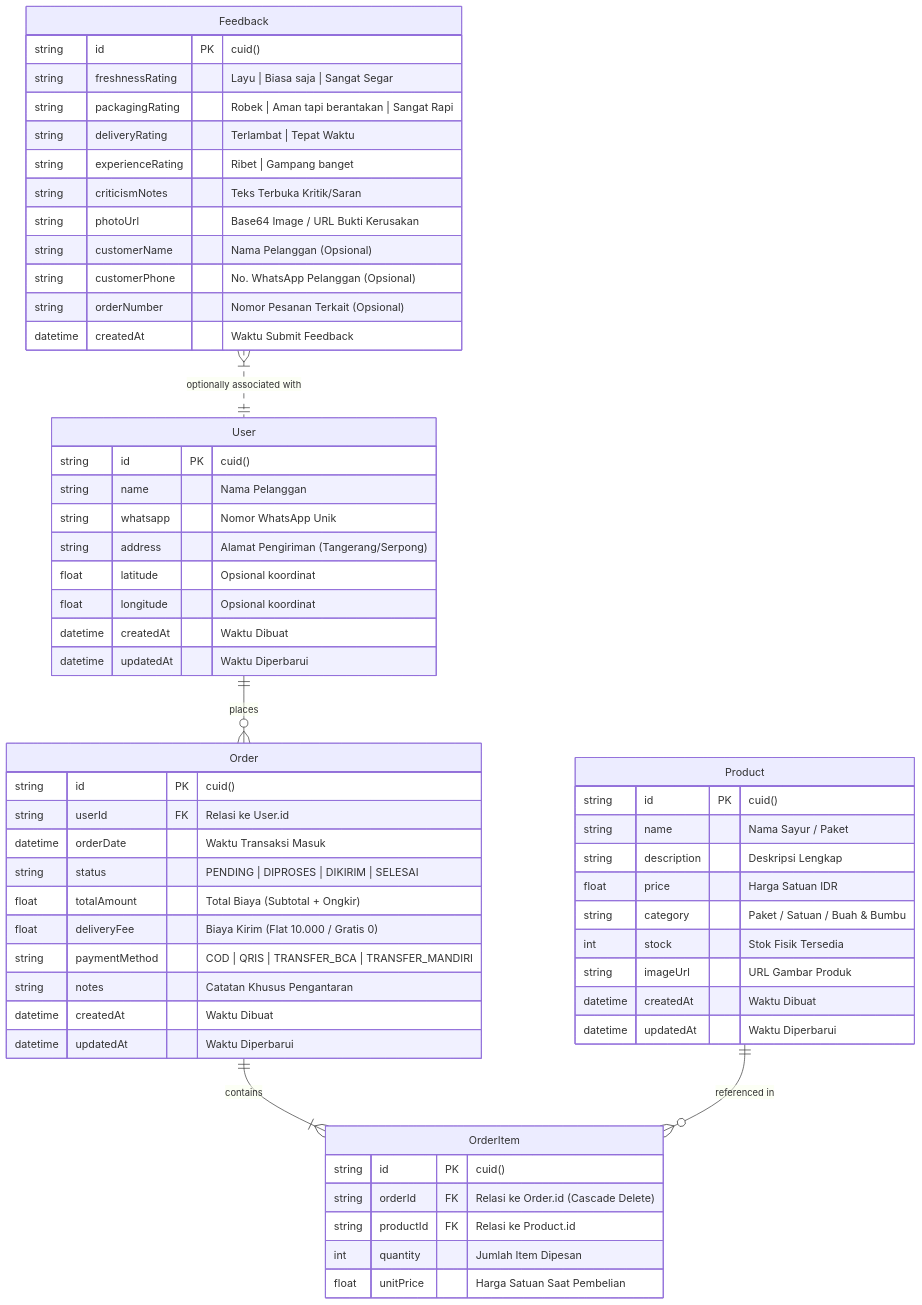
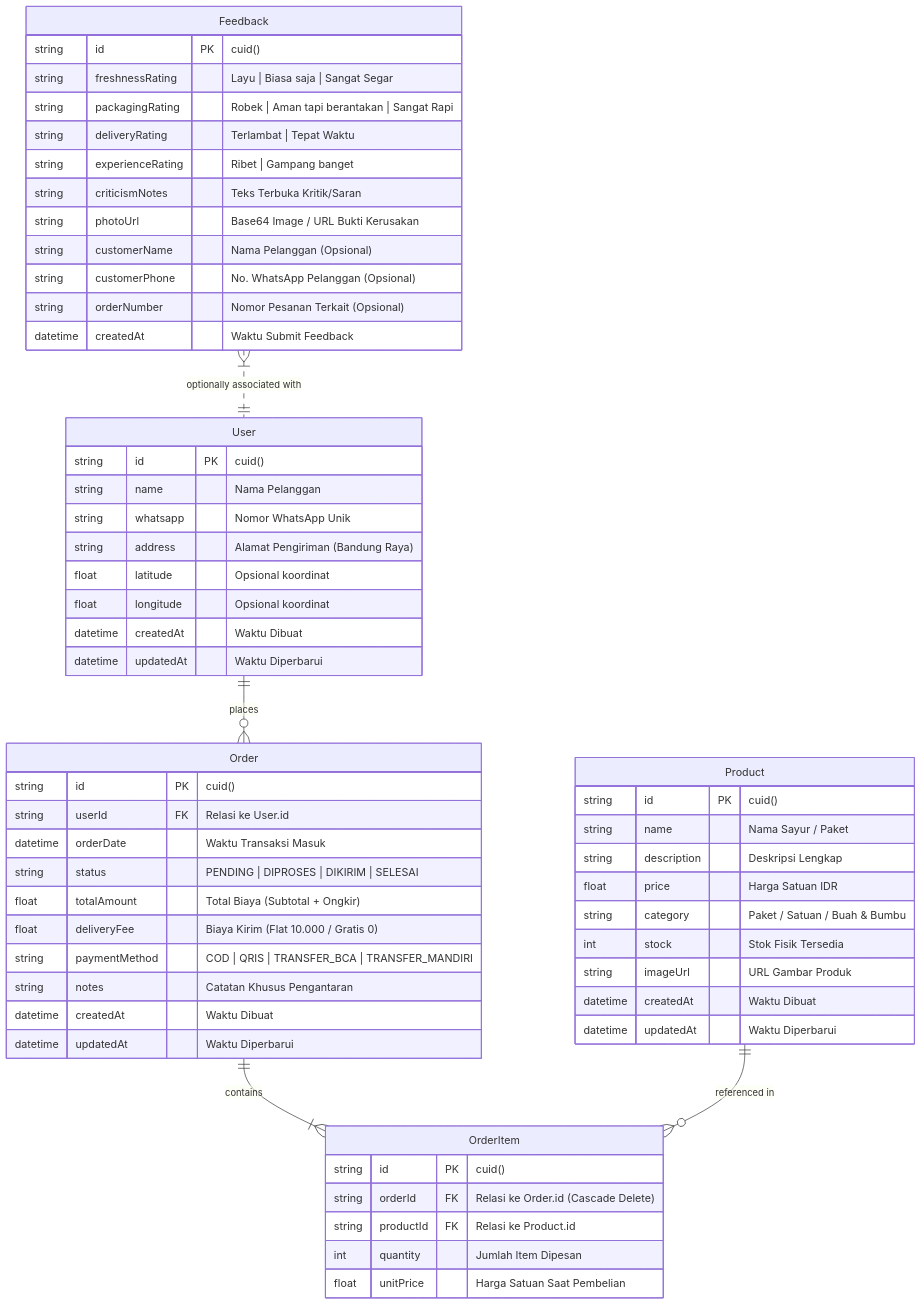
Before and after one commit to rrabbanifasha-alt/tugas-impal: the second of 7 diagrams in docs/DPPL.md, drawn with Mermaid. The commit also changed other lines of this file and 20 other files, not shown here.

Commit message:
refactor: update target operational region from Tangerang to Bandung Raya across all documents and codebase

````diff
--- a/docs/DPPL.md
+++ b/docs/DPPL.md
@@ -149,65 +149,65 @@
 ```mermaid
 erDiagram
     User ||--o{ Order : "places"
     Order ||--|{ OrderItem : "contains"
     Product ||--o{ OrderItem : "referenced in"
     Feedback }|..|| User : "optionally associated with"
 
     User {
         string id PK "cuid()"
         string name "Nama Pelanggan"
         string whatsapp "Nomor WhatsApp Unik"
-        string address "Alamat Pengiriman (Tangerang/Serpong)"
+        string address "Alamat Pengiriman (Bandung Raya)"
         float latitude "Opsional koordinat"
         float longitude "Opsional koordinat"
         datetime createdAt "Waktu Dibuat"
         datetime updatedAt "Waktu Diperbarui"
     }
 
     Product {
         string id PK "cuid()"
         string name "Nama Sayur / Paket"
         string description "Deskripsi Lengkap"
         float price "Harga Satuan IDR"
         string category "Paket / Satuan / Buah & Bumbu"
         int stock "Stok Fisik Tersedia"
         string imageUrl "URL Gambar Produk"
         datetime createdAt "Waktu Dibuat"
         datetime updatedAt "Waktu Diperbarui"
     }
 
     Order {
         string id PK "cuid()"
         string userId FK "Relasi ke User.id"
         datetime orderDate "Waktu Transaksi Masuk"
         string status "PENDING | DIPROSES | DIKIRIM | SELESAI"
         float totalAmount "Total Biaya (Subtotal + Ongkir)"
         float deliveryFee "Biaya Kirim (Flat 10.000 / Gratis 0)"
         string paymentMethod "COD | QRIS | TRANSFER_BCA | TRANSFER_MANDIRI"
         string notes "Catatan Khusus Pengantaran"
         datetime createdAt "Waktu Dibuat"
         datetime updatedAt "Waktu Diperbarui"
     }
 
     OrderItem {
         string id PK "cuid()"
         string orderId FK "Relasi ke Order.id (Cascade Delete)"
         string productId FK "Relasi ke Product.id"
         int quantity "Jumlah Item Dipesan"
         float unitPrice "Harga Satuan Saat Pembelian"
     }
 
     Feedback {
         string id PK "cuid()"
         string freshnessRating "Layu | Biasa saja | Sangat Segar"
         string packagingRating "Robek | Aman tapi berantakan | Sangat Rapi"
         string deliveryRating "Terlambat | Tepat Waktu"
         string experienceRating "Ribet | Gampang banget"
         string criticismNotes "Teks Terbuka Kritik/Saran"
         string photoUrl "Base64 Image / URL Bukti Kerusakan"
         string customerName "Nama Pelanggan (Opsional)"
         string customerPhone "No. WhatsApp Pelanggan (Opsional)"
         string orderNumber "Nomor Pesanan Terkait (Opsional)"
         datetime createdAt "Waktu Submit Feedback"
     }
 ```
````
